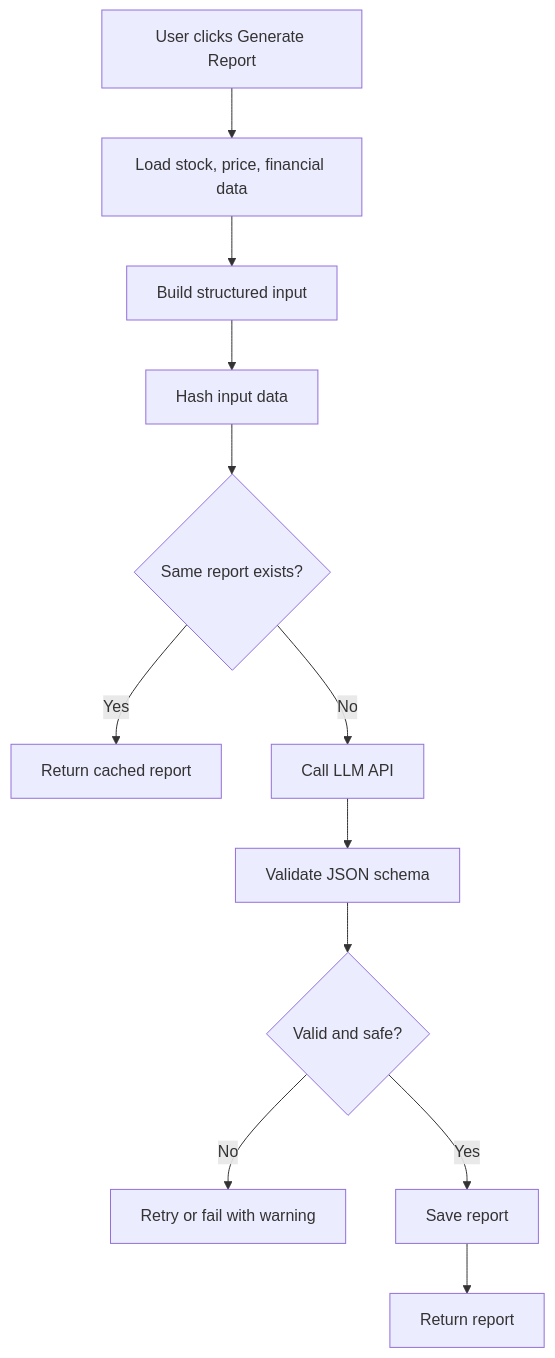
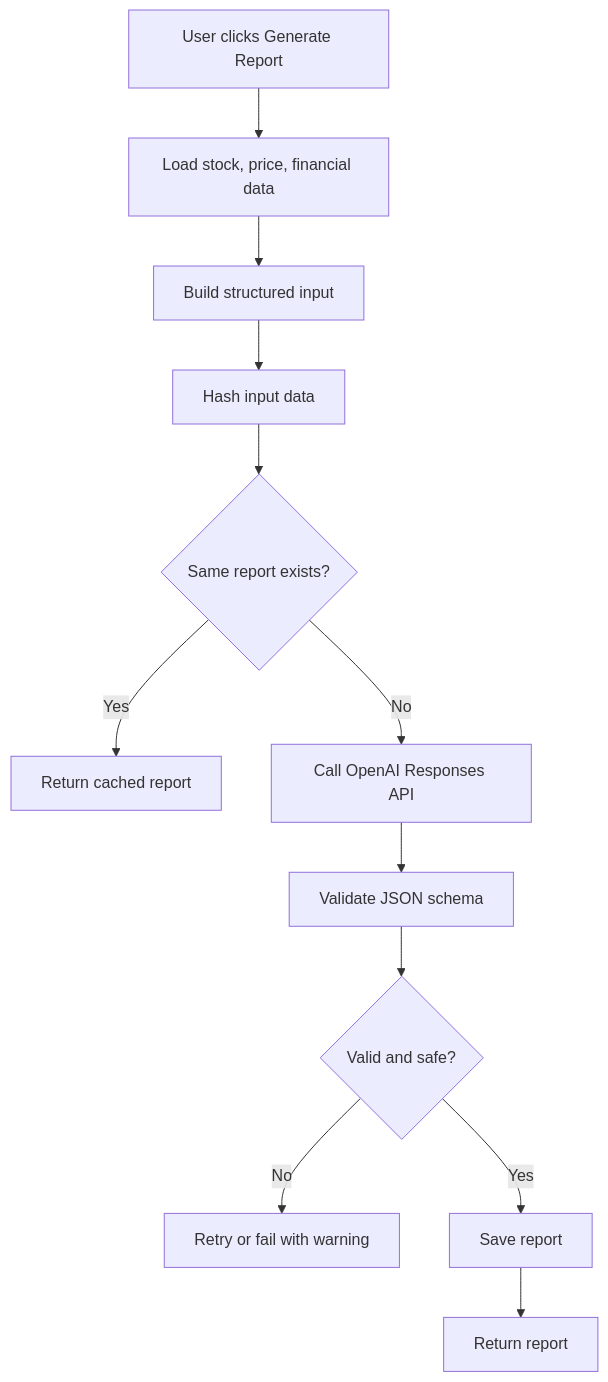
Before and after one commit to KodaiShiraishi/alphalens-jp: the diagram in docs/05_ai_design.md, drawn with Mermaid. The commit also changed other lines of this file and 7 other files, not shown here.

Commit message:
Specify OpenAI API for AI reports

````diff
--- a/docs/05_ai_design.md
+++ b/docs/05_ai_design.md
@@ -172,14 +188,14 @@
 ```mermaid
 flowchart TD
   A["User clicks Generate Report"] --> B["Load stock, price, financial data"]
   B --> C["Build structured input"]
   C --> D["Hash input data"]
   D --> E{"Same report exists?"}
   E -->|Yes| F["Return cached report"]
-  E -->|No| G["Call LLM API"]
+  E -->|No| G["Call OpenAI Responses API"]
   G --> H["Validate JSON schema"]
   H --> I{"Valid and safe?"}
   I -->|No| J["Retry or fail with warning"]
   I -->|Yes| K["Save report"]
   K --> L["Return report"]
 ```
````
